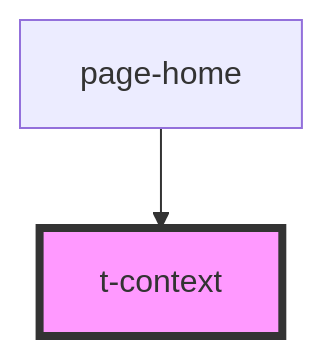
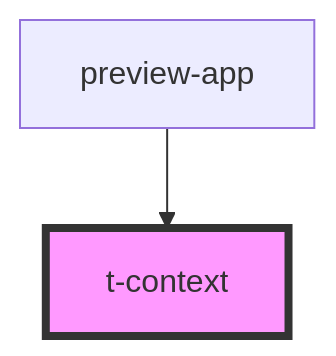
One commit to TomasEng/web-components changed the diagram in packages/stencil/src/components/t-context/readme.md. Above: the diagram before and after it, drawn with Mermaid. The commit also changed other lines of this file and 37 other files, not shown here.

````diff
--- a/packages/stencil/src/components/t-context/readme.md
+++ b/packages/stencil/src/components/t-context/readme.md
@@ -23,5 +23,5 @@
 ```mermaid
 graph TD;
-  page-home --> t-context
+  preview-app --> t-context
   style t-context fill:#f9f,stroke:#333,stroke-width:4px
 ```
````
